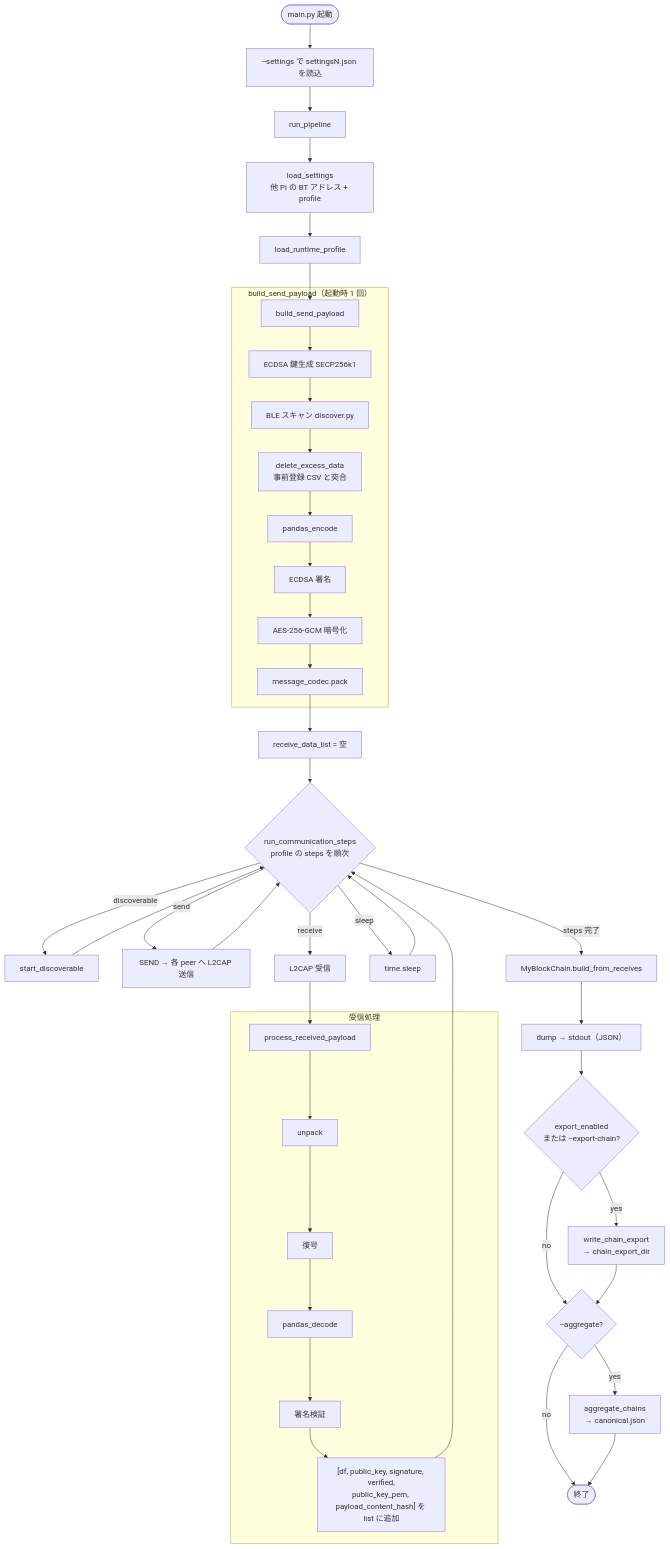
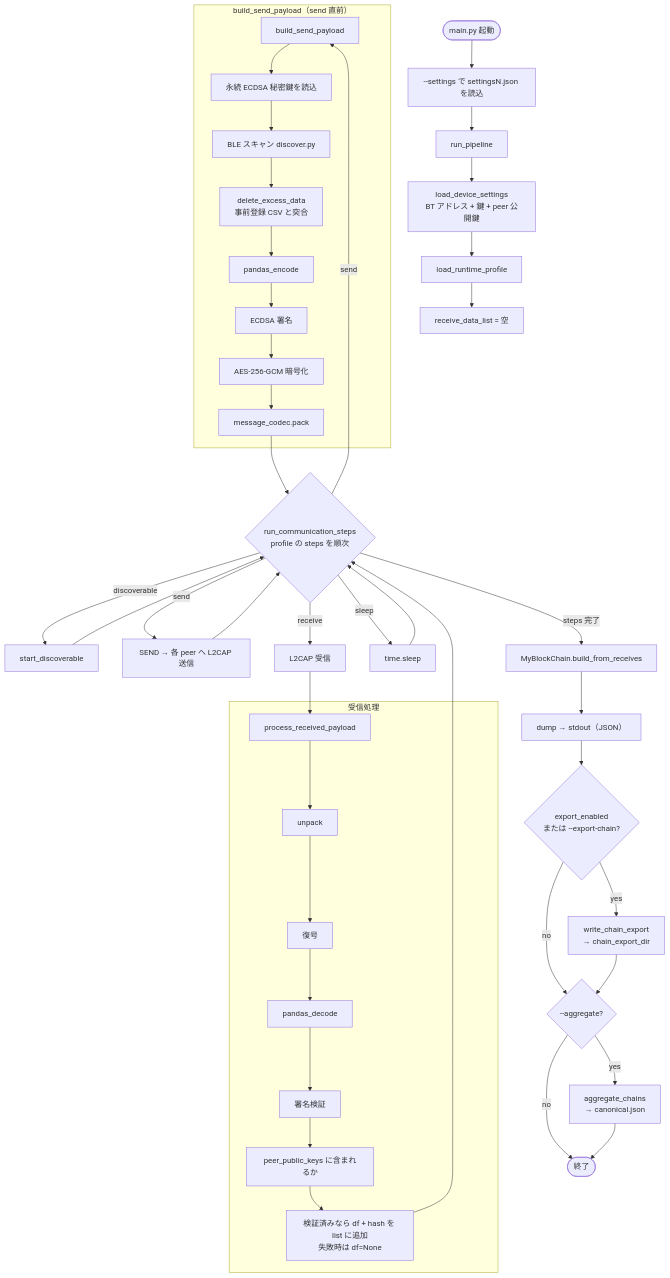
One commit to T3pp31/BLE_Blockchain changed the first of 2 diagrams in README.md. Above: the diagram before and after it, drawn with Mermaid. The commit also changed other lines of this file, not shown here.

````diff
--- a/README.md
+++ b/README.md
@@ -134,51 +164,52 @@
 ```mermaid
 flowchart TD
     Start([main.py 起動]) --> Parse["--settings で settingsN.json を読込"]
     Parse --> RunPipe[run_pipeline]
 
-    RunPipe --> LoadSet["load_settings<br/>他 Pi の BT アドレス + profile"]
+    RunPipe --> LoadSet["load_device_settings<br/>BT アドレス + 鍵 + peer 公開鍵"]
     LoadSet --> LoadProf[load_runtime_profile]
-    LoadProf --> BuildPayload[build_send_payload]
+    LoadProf --> InitRecv[receive_data_list = 空]
 
-    subgraph build_once["build_send_payload（起動時 1 回）"]
-        BuildPayload --> MakeKey[ECDSA 鍵生成 SECP256k1]
-        MakeKey --> Scan[BLE スキャン discover.py]
+    subgraph build_on_send["build_send_payload（send 直前）"]
+        BuildPayload[build_send_payload] --> LoadKey[永続 ECDSA 秘密鍵を読込]
+        LoadKey --> Scan[BLE スキャン discover.py]
         Scan --> Filter[delete_excess_data<br/>事前登録 CSV と突合]
         Filter --> EncPlain[pandas_encode]
         EncPlain --> Sign[ECDSA 署名]
         Sign --> AES[AES-256-GCM 暗号化]
         AES --> Pack[message_codec.pack]
     end
 
-    Pack --> InitRecv[receive_data_list = 空]
-    InitRecv --> StepsLoop{"run_communication_steps<br/>profile の steps を順次"}
+    Pack --> StepsLoop{"run_communication_steps<br/>profile の steps を順次"}
 
     StepsLoop -->|discoverable| Disc[start_discoverable]
+    StepsLoop -->|send| BuildPayload
     StepsLoop -->|send| Send["SEND → 各 peer へ L2CAP 送信"]
     StepsLoop -->|receive| Recv[L2CAP 受信]
     StepsLoop -->|sleep| Sleep[time.sleep]
 
     Recv --> Proc[process_received_payload]
     subgraph verify["受信処理"]
         Proc --> Unpack[unpack]
         Unpack --> Decrypt[復号]
         Decrypt --> Decode[pandas_decode]
         Decode --> VerifySig[署名検証]
-        VerifySig --> Append["[df, public_key, signature, verified,<br/>public_key_pem, payload_content_hash] を list に追加"]
+        VerifySig --> TrustKey["peer_public_keys に含まれるか"]
+        TrustKey --> Append["検証済みなら df + hash を list に追加<br/>失敗時は df=None"]
     end
 
     Disc --> StepsLoop
     Send --> StepsLoop
     Append --> StepsLoop
     Sleep --> StepsLoop
 
     StepsLoop -->|steps 完了| Chain[MyBlockChain.build_from_receives]
     Chain --> Dump["dump → stdout（JSON）"]
     Dump --> ExportCheck{export_enabled<br/>または --export-chain?}
     ExportCheck -->|yes| Export["write_chain_export<br/>→ chain_export_dir"]
     ExportCheck -->|no| AggCheck
     Export --> AggCheck{--aggregate?}
     AggCheck -->|yes| Aggregate["aggregate_chains<br/>→ canonical.json"]
     AggCheck -->|no| End
     Aggregate --> End([終了])
 ```
````
